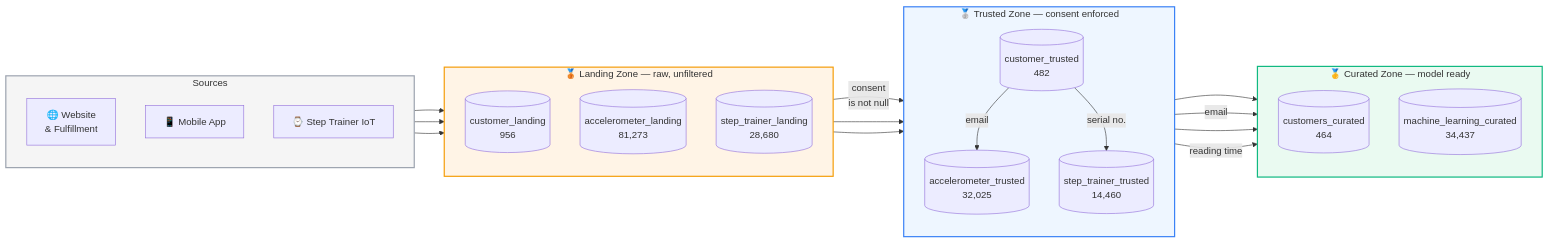
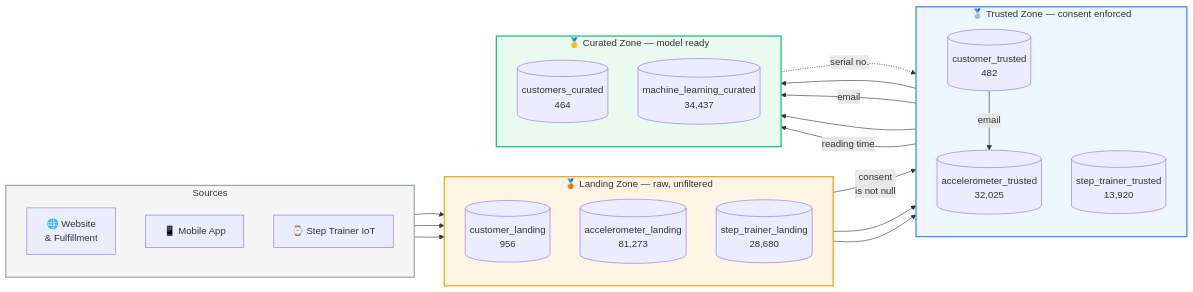
The second of 2 diagrams in README.md (LuccaHiratsuca/aws_stedi_human_balance), drawn with Mermaid before and after one commit. The commit also changed other lines of this file and 3 other files, not shown here.

First line of the commit message:
fix: gate the step trainer feed on customers_curated

````diff
--- a/README.md
+++ b/README.md
@@ -105,49 +105,51 @@
 ```mermaid
 flowchart LR
     subgraph SRC[" Sources "]
         direction TB
         A1["🌐 Website<br/>& Fulfillment"]
         A2["📱 Mobile App"]
         A3["⌚ Step Trainer IoT"]
     end
 
     subgraph LZ[" 🥉 Landing Zone — raw, unfiltered "]
         direction TB
         L1[(customer_landing<br/>956)]
         L2[(accelerometer_landing<br/>81,273)]
         L3[(step_trainer_landing<br/>28,680)]
     end
 
     subgraph TZ[" 🥈 Trusted Zone — consent enforced "]
         direction TB
         T1[(customer_trusted<br/>482)]
         T2[(accelerometer_trusted<br/>32,025)]
-        T3[(step_trainer_trusted<br/>14,460)]
+        T3[(step_trainer_trusted<br/>13,920)]
     end
 
     subgraph CZ[" 🥇 Curated Zone — model ready "]
         direction TB
         C1[(customers_curated<br/>464)]
         C2[(machine_learning_curated<br/>34,437)]
     end
 
     A1 --> L1
     A2 --> L2
     A3 --> L3
 
     L1 -->|"consent<br/>is not null"| T1
     L2 --> T2
     T1 -->|"email"| T2
-    L3 --> T3
-    T1 -->|"serial no."| T3
 
     T1 --> C1
     T2 -->|"email"| C1
+
+    L3 --> T3
+    C1 -.->|"serial no."| T3
+
     T3 --> C2
     T2 -->|"reading time"| C2
 
     style LZ fill:#fff4e6,stroke:#f59e0b,stroke-width:2px
     style TZ fill:#eef6ff,stroke:#3b82f6,stroke-width:2px
     style CZ fill:#eafaf1,stroke:#10b981,stroke-width:2px
     style SRC fill:#f5f5f5,stroke:#9ca3af,stroke-width:2px
 ```
````
